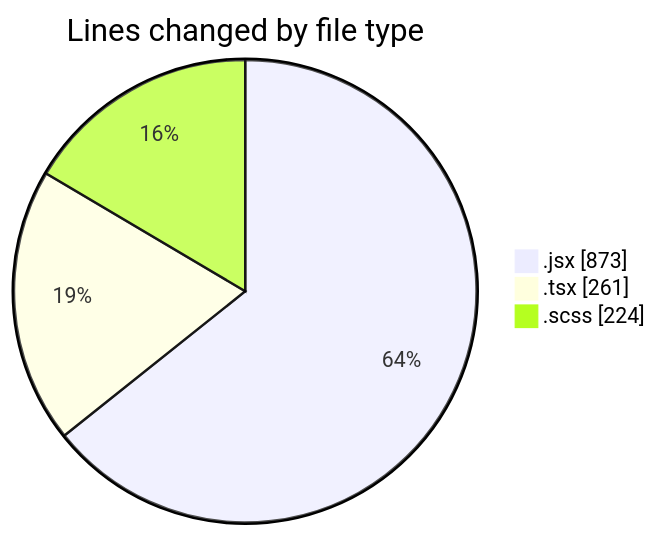
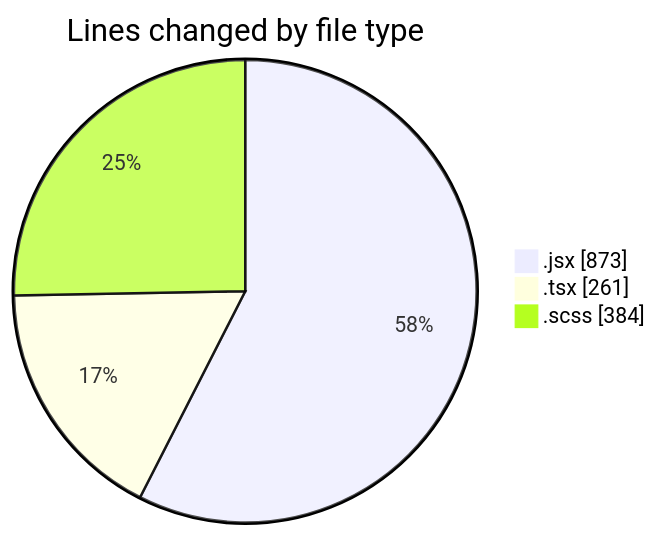
Before and after one commit to momahboobian/code-tracking: the first of 2 diagrams in 2026-02-11/cda/README.md, drawn with Mermaid. The commit also changed other lines of this file and 1 other file, not shown here.

````diff
--- a/2026-02-11/cda/README.md
+++ b/2026-02-11/cda/README.md
@@ -25,7 +26,7 @@
 ```mermaid
 pie showData
 title Lines changed by file type
 ".jsx" : 873
 ".tsx" : 261
-".scss" : 224
+".scss" : 384
 ```
````
